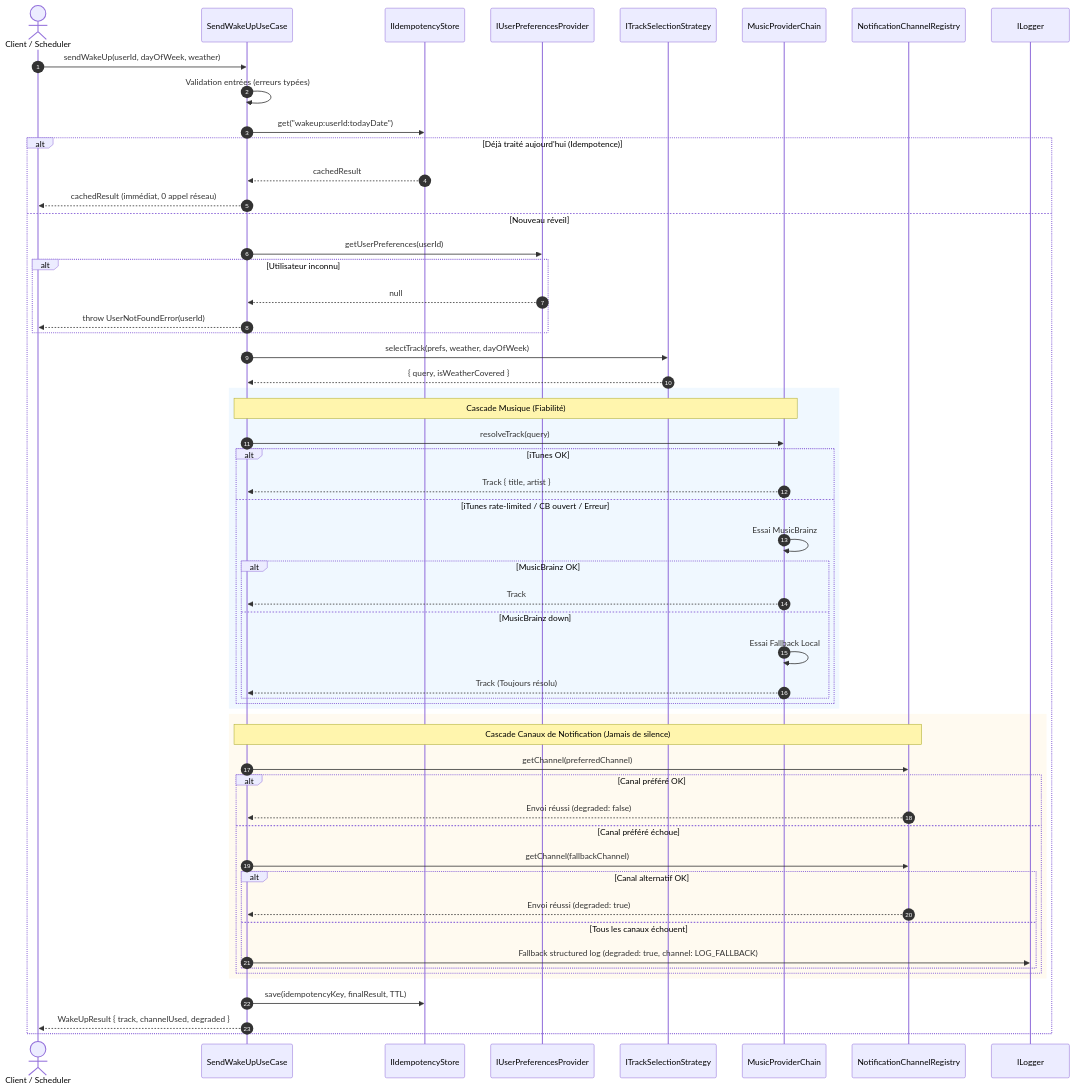
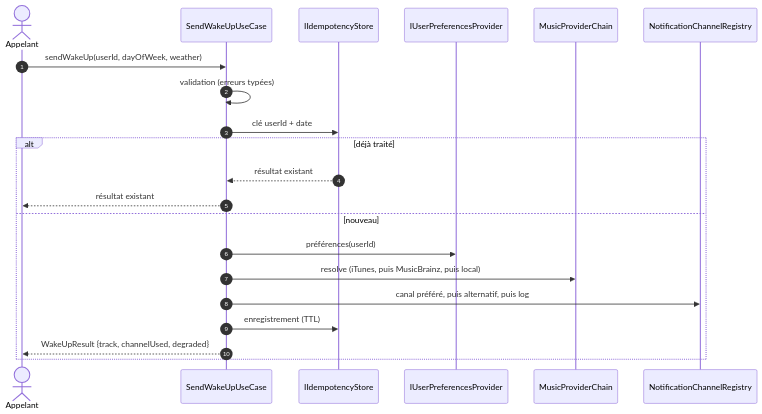
One commit to Nebbiuu/reveil-musical changed the second of 2 diagrams in README.md. Above: the diagram before and after it, drawn with Mermaid. The commit also changed other lines of this file, not shown here.

Commit message:
docs: document degraded mode, configuration and demo

````diff
--- a/README.md
+++ b/README.md
@@ -95,62 +52,23 @@
 ```mermaid
 sequenceDiagram
     autonumber
-    actor Caller as Client / Scheduler
-    participant UseCase as SendWakeUpUseCase
-    participant IdemStore as IIdempotencyStore
-    participant UserPrefs as IUserPreferencesProvider
-    participant Strategy as ITrackSelectionStrategy
-    participant MusicChain as MusicProviderChain
-    participant NotifRegistry as NotificationChannelRegistry
-    participant Logger as ILogger
-
-    Caller->>UseCase: sendWakeUp(userId, dayOfWeek, weather)
-    UseCase->>UseCase: Validation entrées (erreurs typées)
-    UseCase->>IdemStore: get("wakeup:userId:todayDate")
-    alt Déjà traité aujourd'hui (Idempotence)
-        IdemStore-->>UseCase: cachedResult
-        UseCase-->>Caller: cachedResult (immédiat, 0 appel réseau)
-    else Nouveau réveil
-        UseCase->>UserPrefs: getUserPreferences(userId)
-        alt Utilisateur inconnu
-            UserPrefs-->>UseCase: null
-            UseCase-->>Caller: throw UserNotFoundError(userId)
-        end
-        UseCase->>Strategy: selectTrack(prefs, weather, dayOfWeek)
-        Strategy-->>UseCase: { query, isWeatherCovered }
-        
-        rect rgb(240, 248, 255)
-            note over UseCase,MusicChain: Cascade Musique (Fiabilité)
-            UseCase->>MusicChain: resolveTrack(query)
-            alt iTunes OK
-                MusicChain-->>UseCase: Track { title, artist }
-            else iTunes rate-limited / CB ouvert / Erreur
-                MusicChain->>MusicChain: Essai MusicBrainz
-                alt MusicBrainz OK
-                    MusicChain-->>UseCase: Track
-                else MusicBrainz down
-                    MusicChain->>MusicChain: Essai Fallback Local
-                    MusicChain-->>UseCase: Track (Toujours résolu)
-                end
-            end
-        end
-
-        rect rgb(255, 250, 240)
-            note over UseCase,NotifRegistry: Cascade Canaux de Notification (Jamais de silence)
-            UseCase->>NotifRegistry: getChannel(preferredChannel)
-            alt Canal préféré OK
-                NotifRegistry-->>UseCase: Envoi réussi (degraded: false)
-            else Canal préféré échoue
-                UseCase->>NotifRegistry: getChannel(fallbackChannel)
-                alt Canal alternatif OK
-                    NotifRegistry-->>UseCase: Envoi réussi (degraded: true)
-                else Tous les canaux échouent
-                    UseCase->>Logger: Fallback structured log (degraded: true, channel: LOG_FALLBACK)
-                end
-            end
-        end
-
-        UseCase->>IdemStore: save(idempotencyKey, finalResult, TTL)
-        UseCase-->>Caller: WakeUpResult { track, channelUsed, degraded }
+    actor Caller as Appelant
+    participant UC as SendWakeUpUseCase
+    participant Idem as IIdempotencyStore
+    participant Prefs as IUserPreferencesProvider
+    participant Music as MusicProviderChain
+    participant Notif as NotificationChannelRegistry
+    Caller->>UC: sendWakeUp(userId, dayOfWeek, weather)
+    UC->>UC: validation (erreurs typées)
+    UC->>Idem: clé userId + date
+    alt déjà traité
+        Idem-->>UC: résultat existant
+        UC-->>Caller: résultat existant
+    else nouveau
+        UC->>Prefs: préférences(userId)
+        UC->>Music: resolve (iTunes, puis MusicBrainz, puis local)
+        UC->>Notif: canal préféré, puis alternatif, puis log
+        UC->>Idem: enregistrement (TTL)
+        UC-->>Caller: WakeUpResult {track, channelUsed, degraded}
     end
 ```
````
